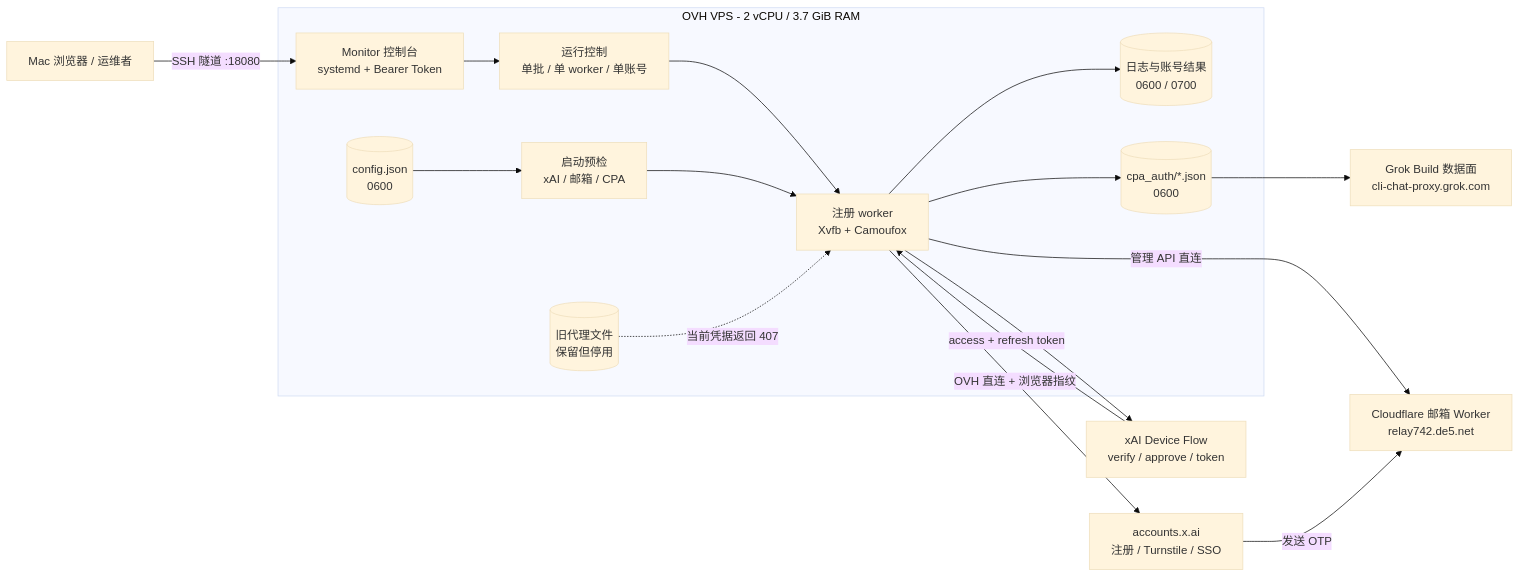
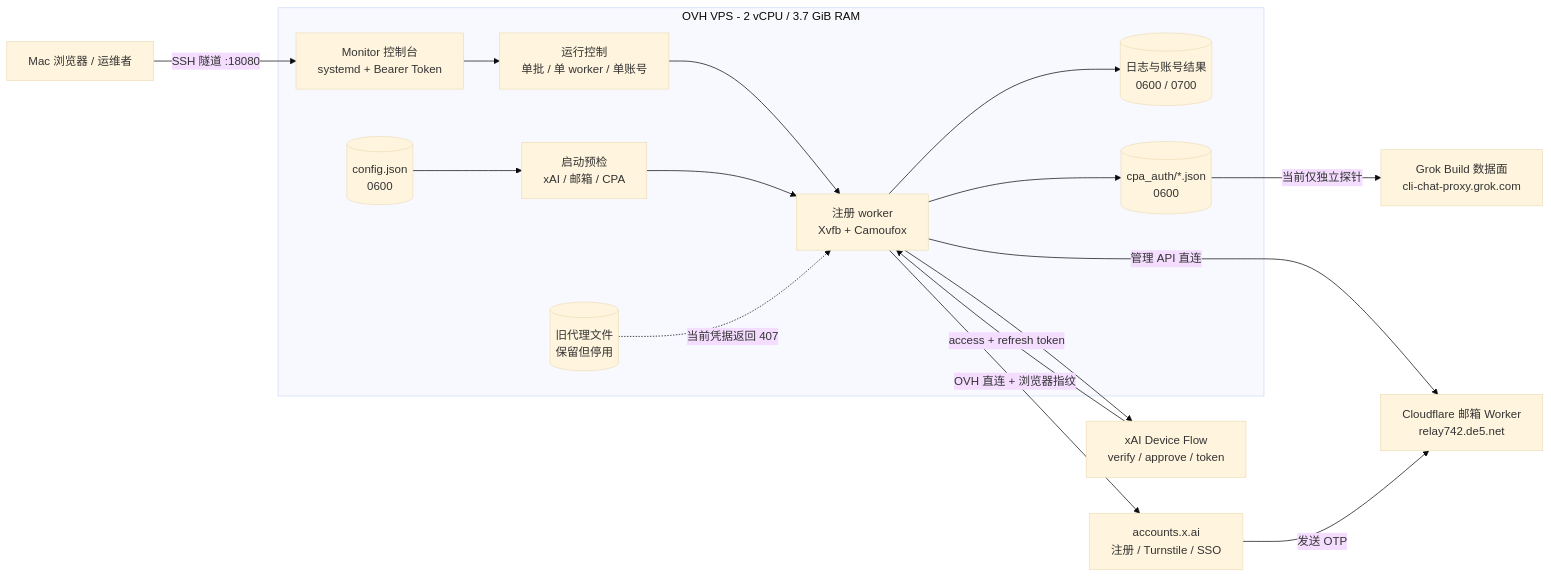
Before and after one commit to canxua/grok-register-panel: the first of 3 diagrams in docs/OPERATIONS_ARCHITECTURE.md, drawn with Mermaid (base theme). The commit also changed other lines of this file and 2 other files, not shown here.

Commit message:
docs: define stack convergence and reliability roadmap

````diff
--- a/docs/OPERATIONS_ARCHITECTURE.md
+++ b/docs/OPERATIONS_ARCHITECTURE.md
@@ -26,25 +29,25 @@
 ```mermaid
 flowchart LR
     operator["Mac 浏览器 / 运维者"] -->|"SSH 隧道 :18080"| panel
     subgraph ovh["OVH VPS - 2 vCPU / 3.7 GiB RAM"]
         panel["Monitor 控制台<br/>systemd + Bearer Token"]
         control["运行控制<br/>单批 / 单 worker / 单账号"]
         checks["启动预检<br/>xAI / 邮箱 / CPA"]
         worker["注册 worker<br/>Xvfb + Camoufox"]
         config[("config.json<br/>0600")]
         results[("日志与账号结果<br/>0600 / 0700")]
         auth[("cpa_auth/*.json<br/>0600")]
         legacy_proxy[("旧代理文件<br/>保留但停用")]
         panel --> control --> worker
         config --> checks --> worker
         worker --> results
         worker --> auth
         legacy_proxy -. "当前凭据返回 407" .-> worker
     end
     worker -->|"OVH 直连 + 浏览器指纹"| signup["accounts.x.ai<br/>注册 / Turnstile / SSO"]
     worker -->|"管理 API 直连"| mail["Cloudflare 邮箱 Worker<br/>relay742.de5.net"]
     signup -->|"发送 OTP"| mail
     worker --> oauth["xAI Device Flow<br/>verify / approve / token"]
     oauth -->|"access + refresh token"| worker
-    auth --> build["Grok Build 数据面<br/>cli-chat-proxy.grok.com"]
+    auth -->|"当前仅独立探针"| build["Grok Build 数据面<br/>cli-chat-proxy.grok.com"]
 ```
````
